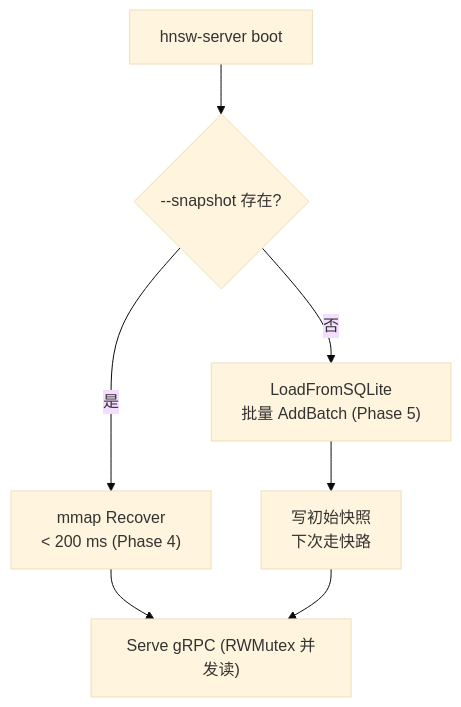
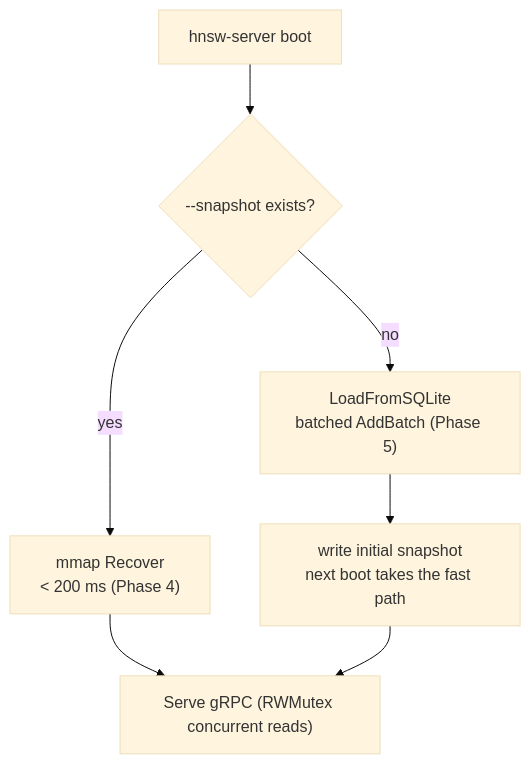
One commit to AndyUneducated/repo-sage changed the second of 3 diagrams in docs/plans/phase-6-scale-out.md. Above: the diagram before and after it, drawn with Mermaid (base theme). The commit also changed other lines of this file and 14 other files, not shown here.

````diff
--- a/docs/plans/phase-6-scale-out.md
+++ b/docs/plans/phase-6-scale-out.md
@@ -96,9 +96,9 @@
 ```mermaid
 flowchart TB
-  boot["hnsw-server boot"] --> hasSnap{"--snapshot 存在?"}
-  hasSnap -- 是 --> rec["mmap Recover<br/>< 200 ms (Phase 4)"]
-  hasSnap -- 否 --> cold["LoadFromSQLite<br/>批量 AddBatch (Phase 5)"]
-  cold --> wsnap["写初始快照<br/>下次走快路"]
-  rec --> serve["Serve gRPC (RWMutex 并发读)"]
+  boot["hnsw-server boot"] --> hasSnap{"--snapshot exists?"}
+  hasSnap -- yes --> rec["mmap Recover<br/>< 200 ms (Phase 4)"]
+  hasSnap -- no --> cold["LoadFromSQLite<br/>batched AddBatch (Phase 5)"]
+  cold --> wsnap["write initial snapshot<br/>next boot takes the fast path"]
+  rec --> serve["Serve gRPC (RWMutex concurrent reads)"]
   wsnap --> serve
 ```
````
